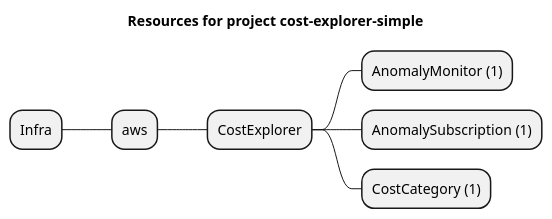
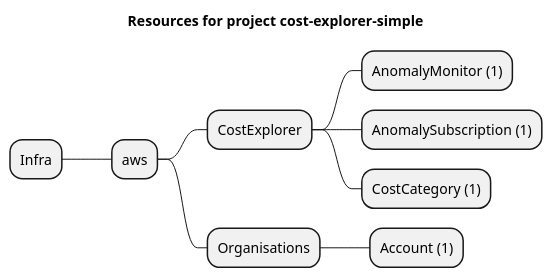
The diagram in examples/aws/CostExplorer/cost-explorer-simple/artifacts/resources-mindmap.puml (grucloud/grucloud), drawn with PlantUML before and after one commit. The commit also changed 12 other files, not shown here.

```diff
--- a/examples/aws/CostExplorer/cost-explorer-simple/artifacts/resources-mindmap.puml
+++ b/examples/aws/CostExplorer/cost-explorer-simple/artifacts/resources-mindmap.puml
@@ -1,10 +1,12 @@
 @startmindmap
 title Resources for project cost-explorer-simple
 skinparam monochrome true
 + Infra
 ++ aws
 +++ CostExplorer
 ++++ AnomalyMonitor (1)
 ++++ AnomalySubscription (1)
 ++++ CostCategory (1)
++++ Organisations
+++++ Account (1)
 @endmindmap
```
